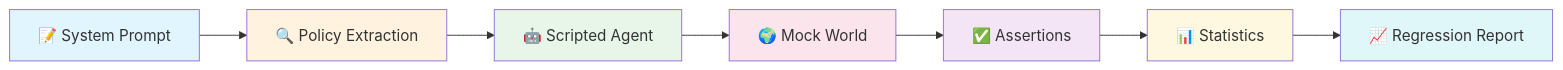
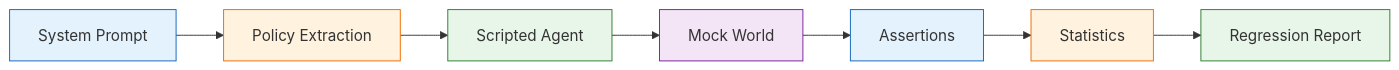
One commit to Mehul-bisht-0/Driftbench--AI-regression-testing-harness changed the first of 11 diagrams in README.md. Above: the diagram before and after it, drawn with Mermaid. The commit also changed other lines of this file, not shown here.

````diff
--- a/README.md
+++ b/README.md
@@ -15,17 +11,17 @@
 ```mermaid
 flowchart LR
-    A["📝 System Prompt"] --> B["🔍 Policy Extraction"]
-    B --> C["🤖 Scripted Agent"]
-    C --> D["🌍 Mock World"]
-    D --> E["✅ Assertions"]
-    E --> F["📊 Statistics"]
-    F --> G["📈 Regression Report"]
+    A["System Prompt"] --> B["Policy Extraction"]
+    B --> C["Scripted Agent"]
+    C --> D["Mock World"]
+    D --> E["Assertions"]
+    E --> F["Statistics"]
+    F --> G["Regression Report"]
 
-    style A fill:#e1f5fe
-    style B fill:#fff3e0
-    style C fill:#e8f5e9
-    style D fill:#fce4ec
-    style E fill:#f3e5f5
-    style F fill:#fff8e1
-    style G fill:#e0f7fa
+    style A fill:#e3f2fd,stroke:#1565c0
+    style B fill:#fff3e0,stroke:#ef6c00
+    style C fill:#e8f5e9,stroke:#2e7d32
+    style D fill:#f3e5f5,stroke:#7b1fa2
+    style E fill:#e3f2fd,stroke:#1565c0
+    style F fill:#fff3e0,stroke:#ef6c00
+    style G fill:#e8f5e9,stroke:#2e7d32
 ```
````
